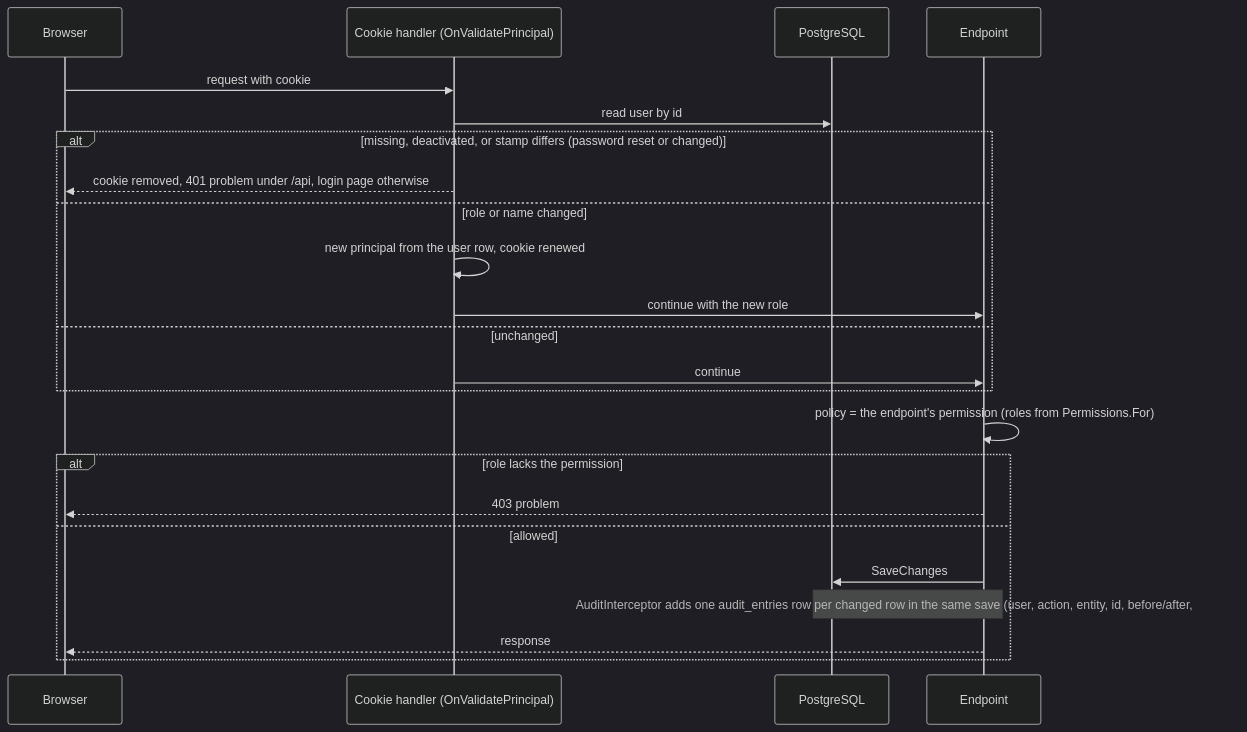
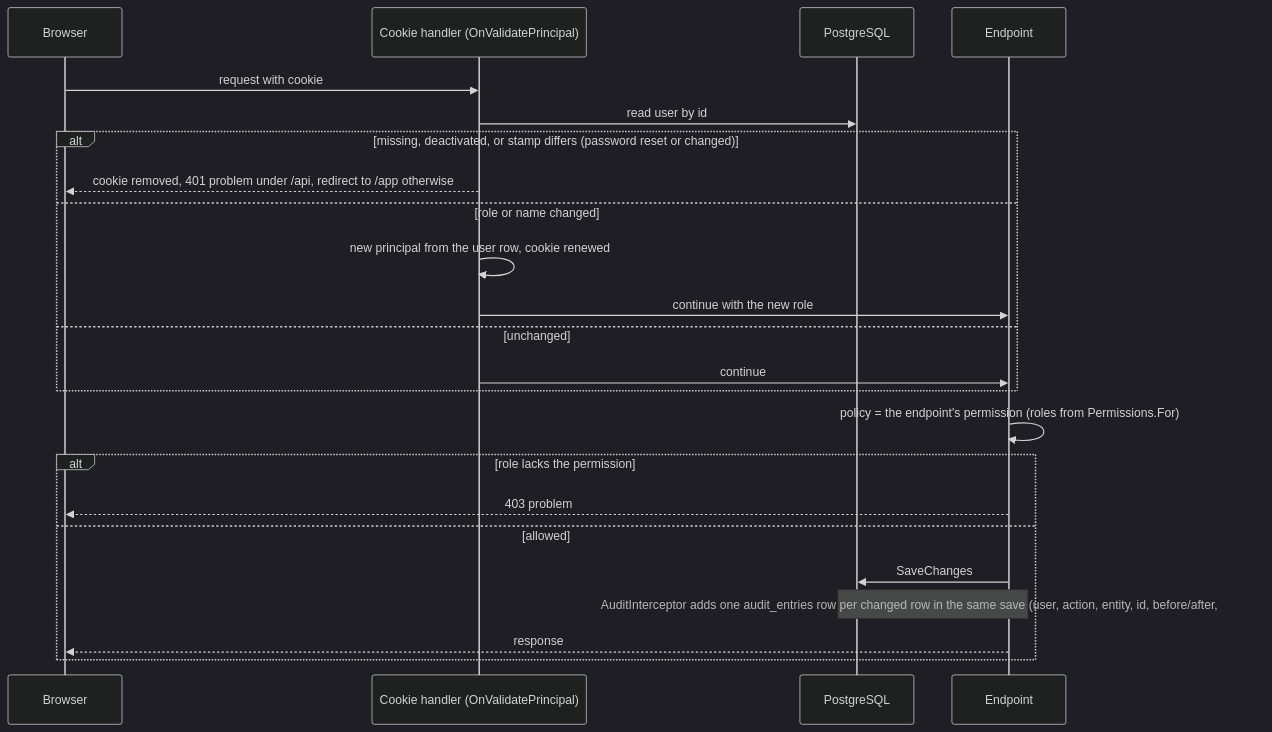
Before and after one commit to dejan3dejan/credit-scoring-dss: the second of 9 diagrams in architecture/07-flows.md, drawn with Mermaid (dark theme). The commit also changed other lines of this file and 1 other file, not shown here.

Commit message:
Update the flow and access diagrams for the SPA-only app and the client lookup

````diff
--- a/architecture/07-flows.md
+++ b/architecture/07-flows.md
@@ -35,25 +35,25 @@
 ```mermaid
 sequenceDiagram
     participant B as Browser
     participant C as Cookie handler (OnValidatePrincipal)
     participant DB as PostgreSQL
     participant E as Endpoint
     B->>C: request with cookie
     C->>DB: read user by id
     alt missing, deactivated, or stamp differs (password reset or changed)
-        C-->>B: cookie removed, 401 problem under /api, login page otherwise
+        C-->>B: cookie removed, 401 problem under /api, redirect to /app otherwise
     else role or name changed
         C->>C: new principal from the user row, cookie renewed
         C->>E: continue with the new role
     else unchanged
         C->>E: continue
     end
     E->>E: policy = the endpoint's permission (roles from Permissions.For)
     alt role lacks the permission
         E-->>B: 403 problem
     else allowed
         E->>DB: SaveChanges
         Note over E,DB: AuditInterceptor adds one audit_entries row per changed row in the same save (user, action, entity, id, before/after, trace id)
         E-->>B: response
     end
 ```
````
